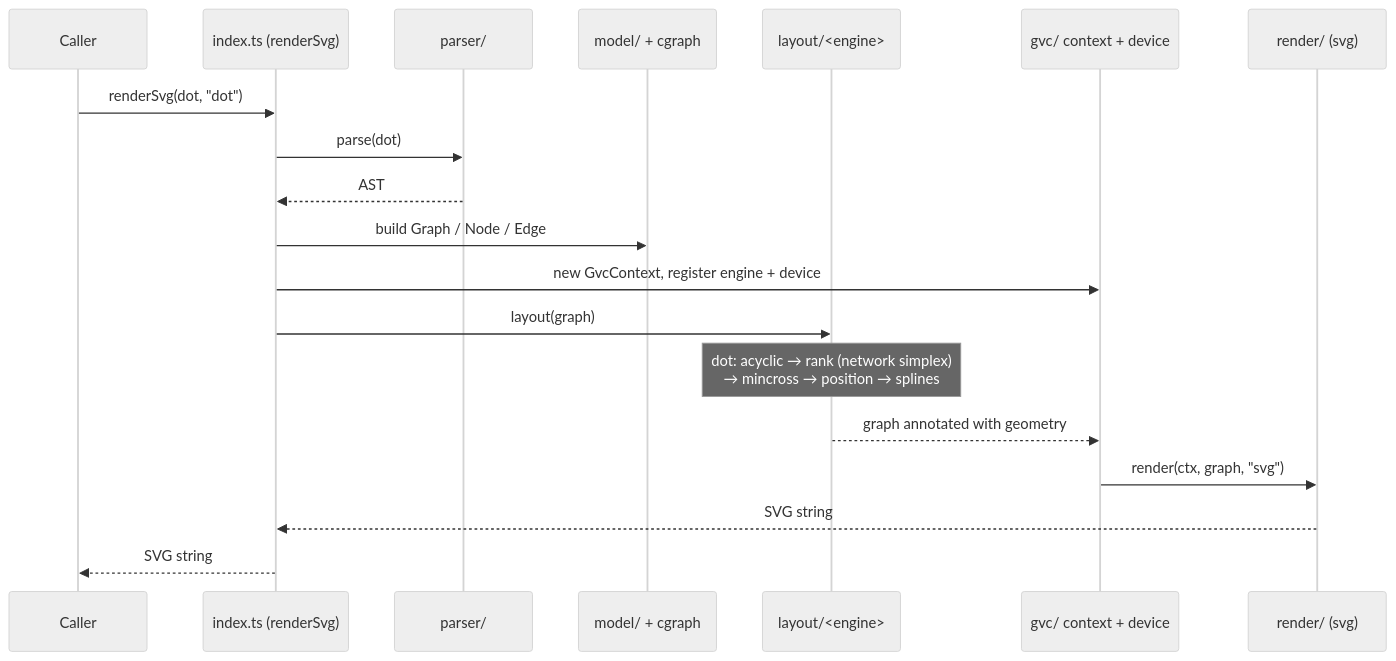
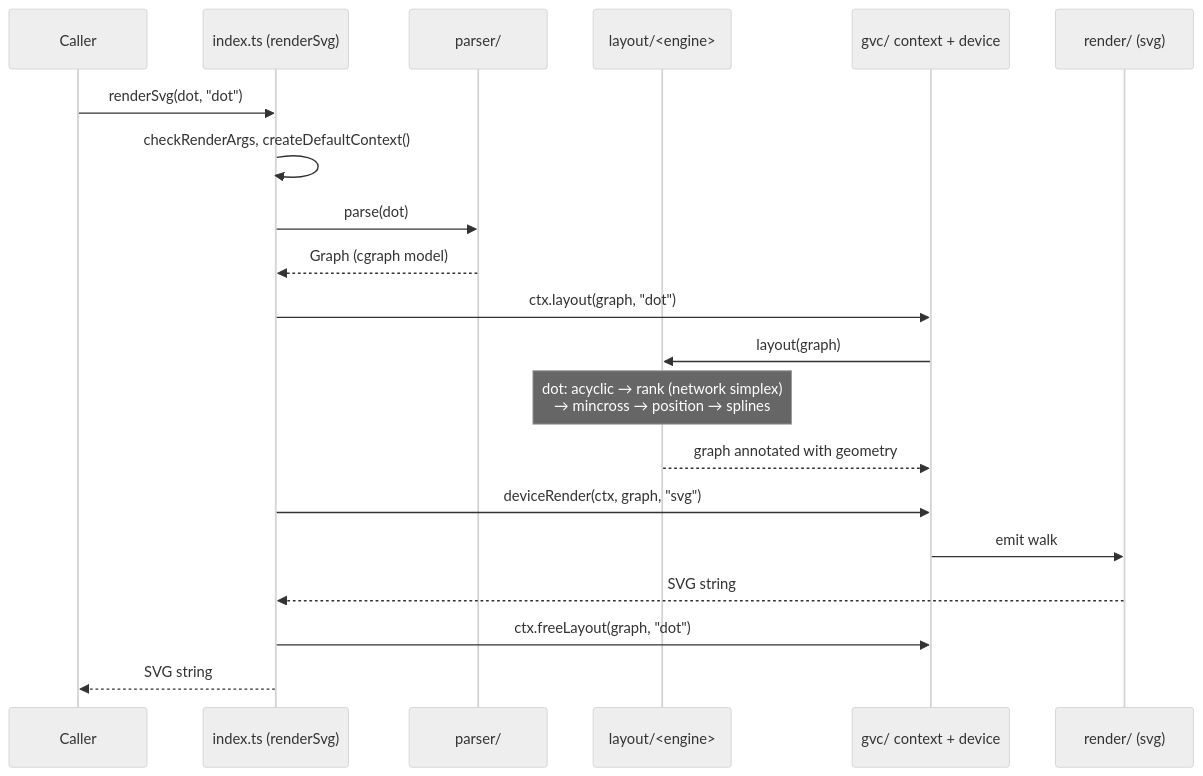
The first of 5 diagrams in docs/architecture/data-flow.md (knowvah/dot-engine), drawn with Mermaid (neutral theme) before and after one commit. The commit also changed other lines of this file and 7 other files, not shown here.

First line of the commit message:
docs(T3): refresh the architecture docs for 16.1 and the async api

````diff
--- a/docs/architecture/data-flow.md
+++ b/docs/architecture/data-flow.md
@@ -13,22 +14,23 @@
 ```mermaid
 sequenceDiagram
     participant Caller
     participant Index as index.ts (renderSvg)
     participant Parser as parser/
-    participant Model as model/ + cgraph
     participant Engine as layout/<engine>
     participant Gvc as gvc/ context + device
     participant Svg as render/ (svg)
 
     Caller->>Index: renderSvg(dot, "dot")
+    Index->>Index: checkRenderArgs, createDefaultContext()
     Index->>Parser: parse(dot)
-    Parser-->>Index: AST
-    Index->>Model: build Graph / Node / Edge
-    Index->>Gvc: new GvcContext, register engine + device
-    Index->>Engine: layout(graph)
+    Parser-->>Index: Graph (cgraph model)
+    Index->>Gvc: ctx.layout(graph, "dot")
+    Gvc->>Engine: layout(graph)
     Note over Engine: dot: acyclic → rank (network simplex)<br/>→ mincross → position → splines
     Engine-->>Gvc: graph annotated with geometry
-    Gvc->>Svg: render(ctx, graph, "svg")
+    Index->>Gvc: deviceRender(ctx, graph, "svg")
+    Gvc->>Svg: emit walk
     Svg-->>Index: SVG string
+    Index->>Gvc: ctx.freeLayout(graph, "dot")
     Index-->>Caller: SVG string
 ```
````
